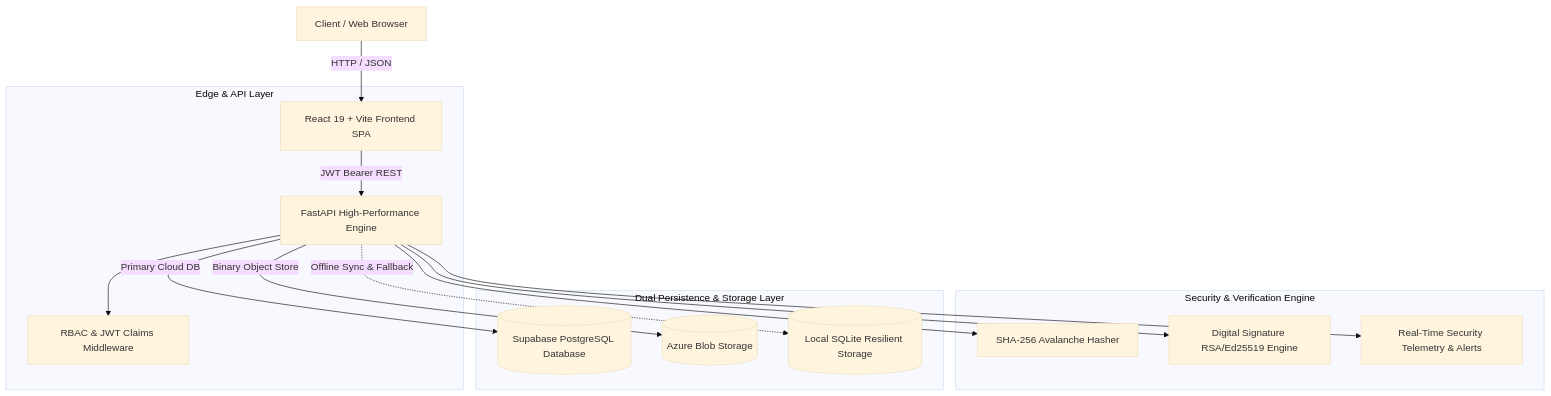
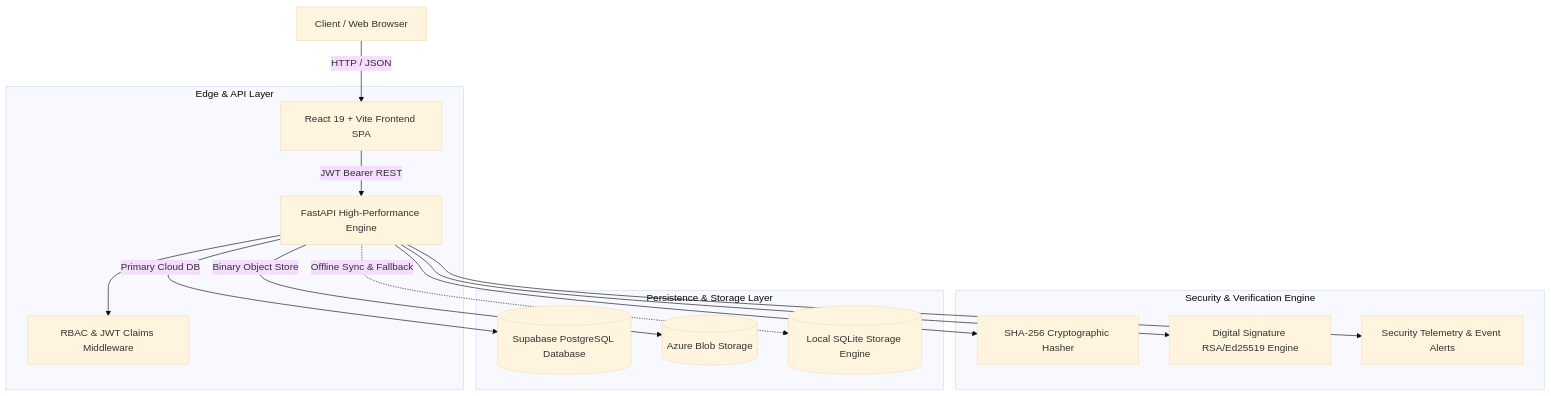
The first of 2 diagrams in README.md (Jatin-code16/varitydoc), drawn with Mermaid (base theme) before and after one commit. The commit also changed other lines of this file and 1 other file, not shown here.

````diff
--- a/README.md
+++ b/README.md
@@ -63,21 +90,21 @@
 ```mermaid
 graph TD
     Client[Client / Web Browser] -->|HTTP / JSON| Frontend[React 19 + Vite Frontend SPA]
     
     subgraph Edge & API Layer
     Frontend -->|JWT Bearer REST| API[FastAPI High-Performance Engine]
     API --> Auth[RBAC & JWT Claims Middleware]
     end
 
     subgraph Security & Verification Engine
-    API --> HashService[SHA-256 Avalanche Hasher]
+    API --> HashService[SHA-256 Cryptographic Hasher]
     API --> SigService[Digital Signature RSA/Ed25519 Engine]
-    API --> AlertEngine[Real-Time Security Telemetry & Alerts]
+    API --> AlertEngine[Security Telemetry & Event Alerts]
     end
 
-    subgraph Dual Persistence & Storage Layer
+    subgraph Persistence & Storage Layer
     API -->|Primary Cloud DB| Supabase[(Supabase PostgreSQL Database)]
     API -->|Binary Object Store| AzureBlob[(Azure Blob Storage)]
-    API -.->|Offline Sync & Fallback| SQLite[(Local SQLite Resilient Storage)]
+    API -.->|Offline Sync & Fallback| SQLite[(Local SQLite Storage Engine)]
     end
 ```
````
